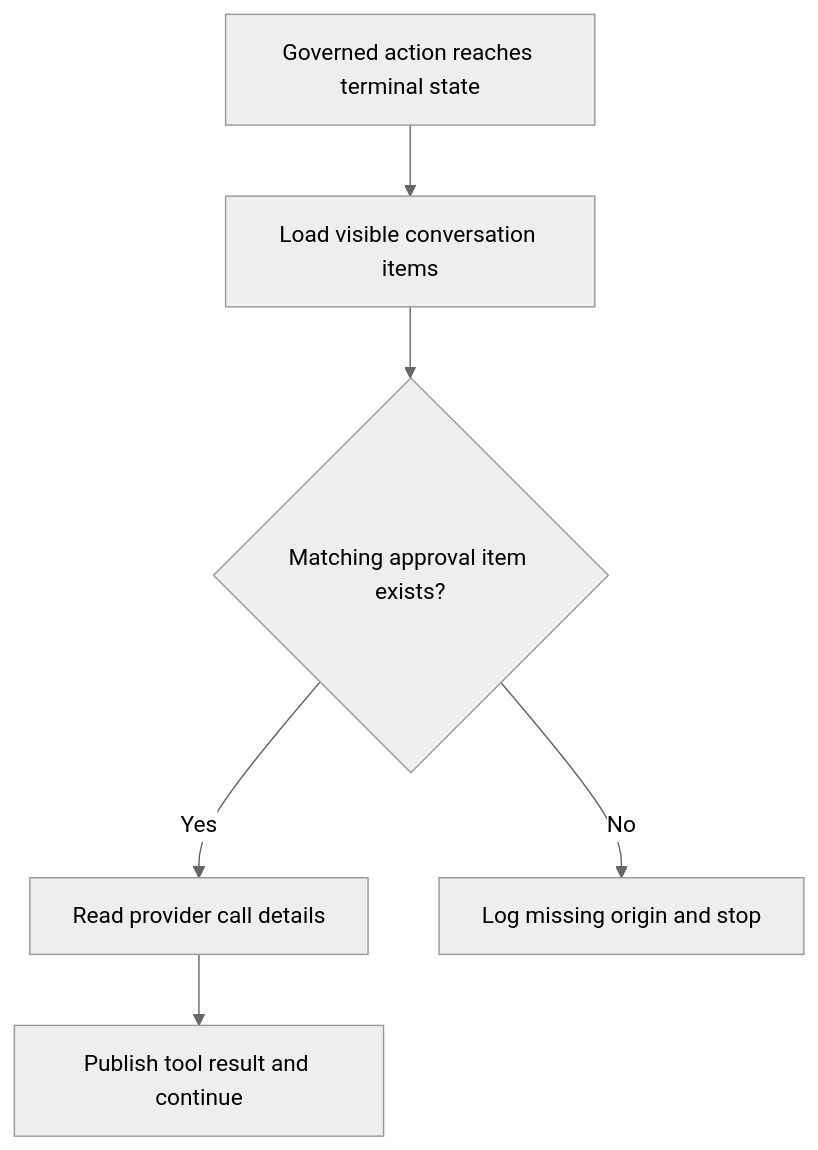
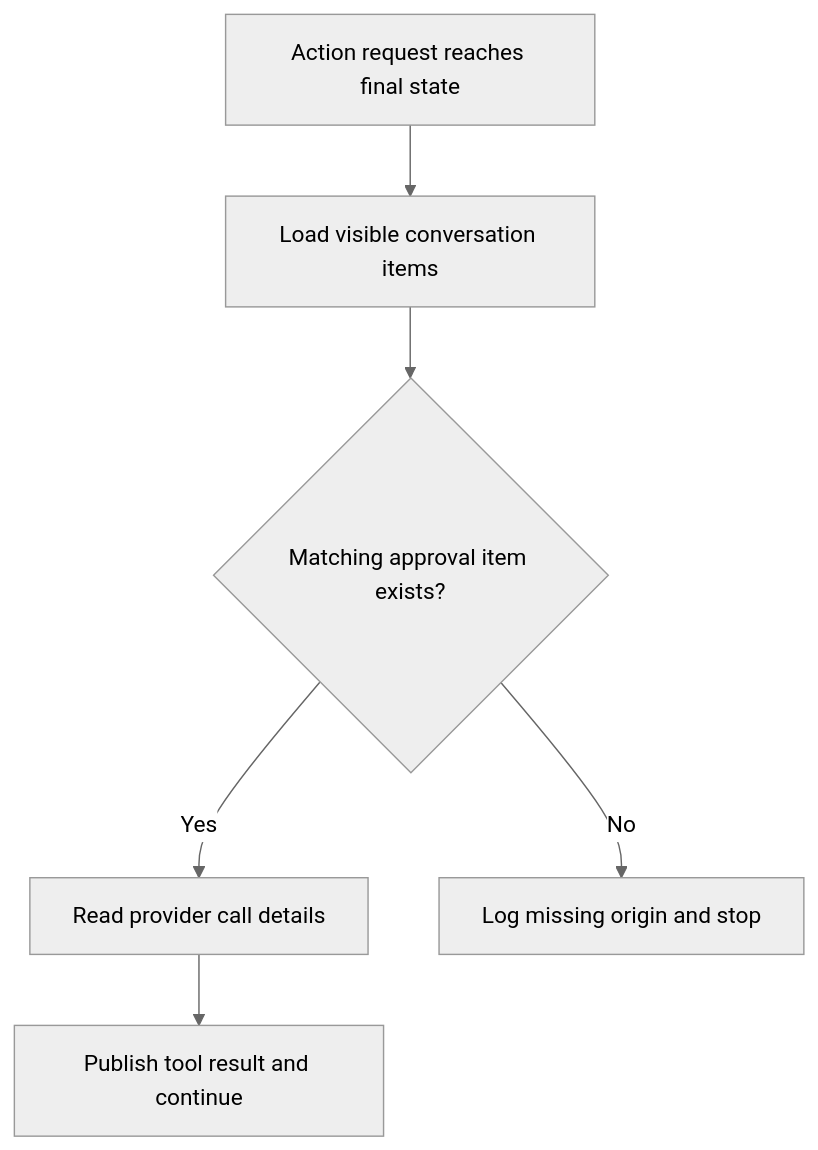
The seventh of 29 diagrams in docs/superpowers/plans/2026-08-08-noema-practical-reliability-roadmap.md (kpsuperplane/Noema), drawn with Mermaid (neutral theme) before and after one commit. The commit also changed other lines of this file, not shown here.

Commit message:
docs: make plain code the first roadmap phase

````diff
--- a/docs/superpowers/plans/2026-08-08-noema-practical-reliability-roadmap.md
+++ b/docs/superpowers/plans/2026-08-08-noema-practical-reliability-roadmap.md
@@ -166,13 +584,13 @@
 ```mermaid
 flowchart TD
-    A["Governed action reaches terminal state"]
+    A["Action request reaches final state"]
     B["Load visible conversation items"]
     C{"Matching approval item exists?"}
     D["Read provider call details"]
     E["Publish tool result and continue"]
     F["Log missing origin and stop"]
 
     A --> B --> C
     C -->|Yes| D --> E
     C -->|No| F
 ```
````
